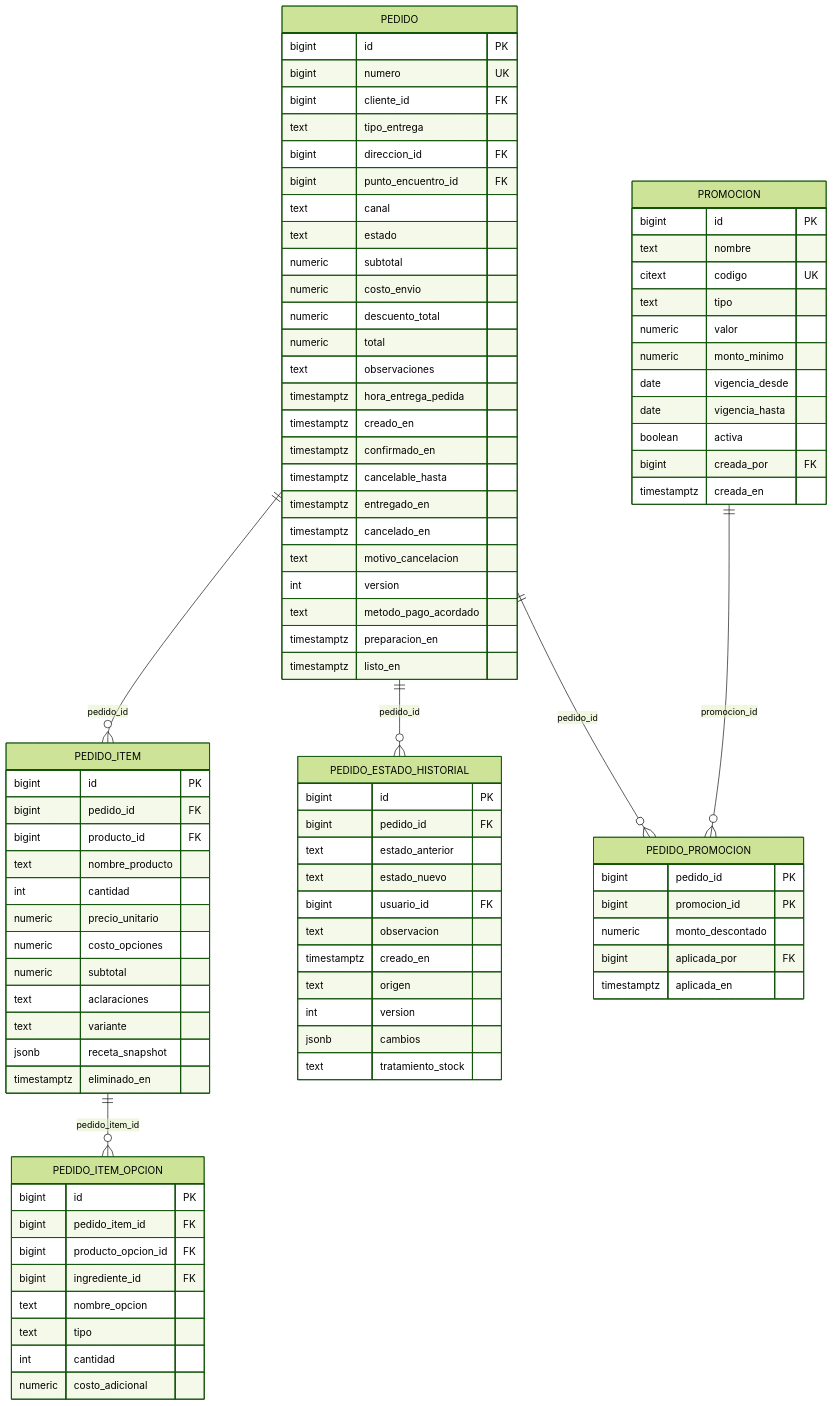
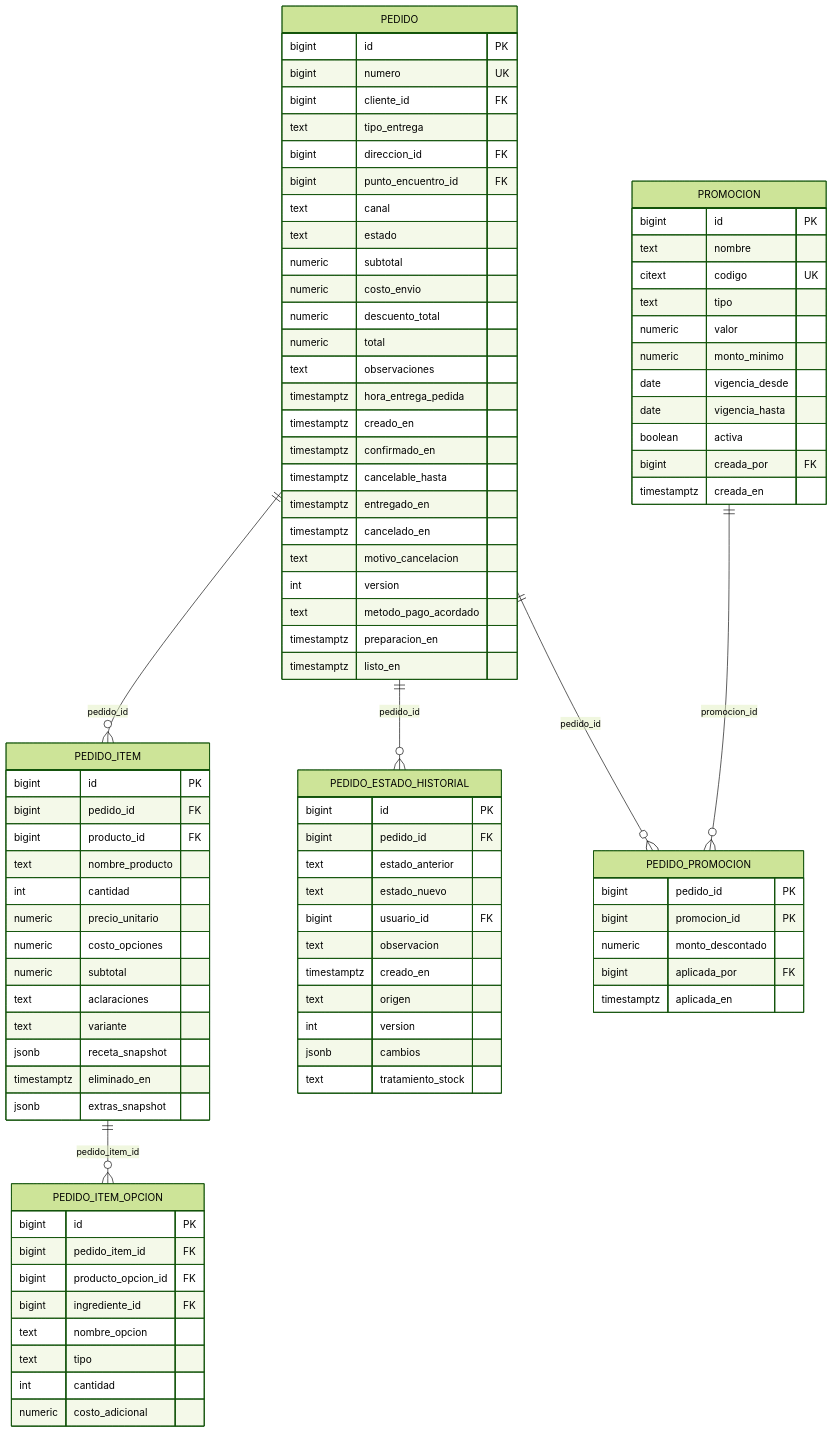
The fourth of 15 diagrams in docs/DER.md (Ignapag/Desarrollo-2026), drawn with Mermaid (forest theme) before and after one commit. The commit also changed 39 other files, not shown here.

```diff
--- a/docs/DER.md
+++ b/docs/DER.md
@@ -336,6 +336,7 @@
         text variante
         jsonb receta_snapshot
         timestamptz eliminado_en
+        jsonb extras_snapshot
     }
     PEDIDO_ITEM_OPCION {
         bigint id PK
```
